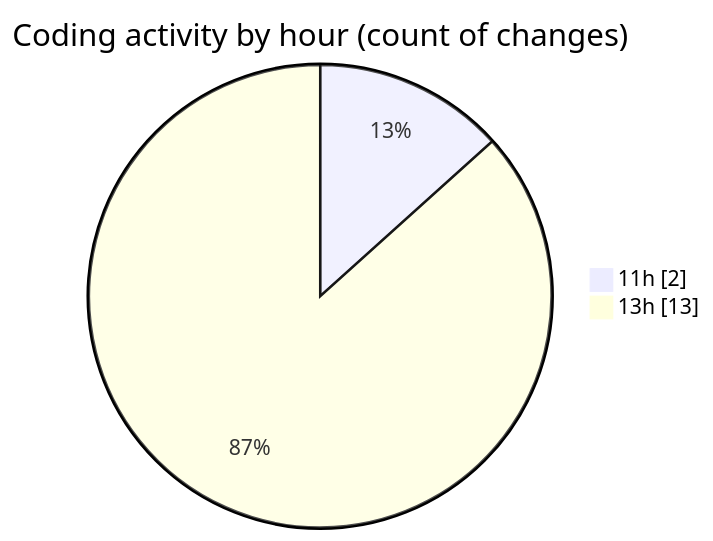
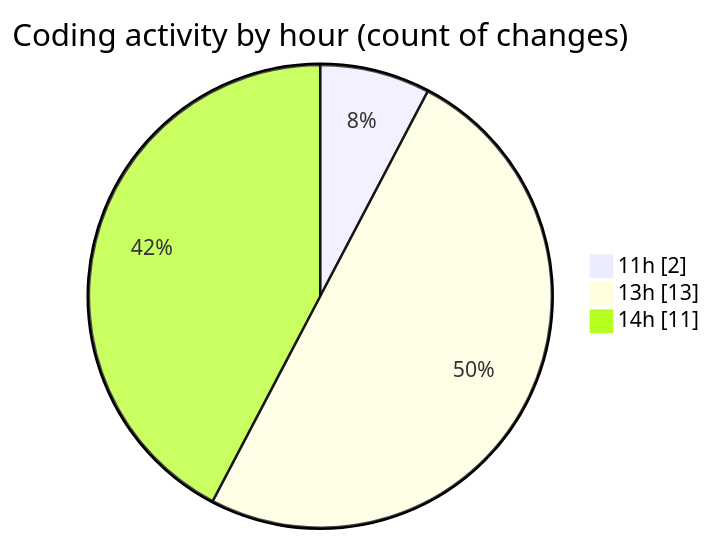
One commit to nxtqubesakshisongat/code-tracking changed the second of 2 diagrams in 2026-03-22/nxtqube_webapp/README.md. Above: the diagram before and after it, drawn with Mermaid. The commit also changed other lines of this file and 1 other file, not shown here.

````diff
--- a/2026-03-22/nxtqube_webapp/README.md
+++ b/2026-03-22/nxtqube_webapp/README.md
@@ -30,6 +30,7 @@
 ```mermaid
 pie showData
 title Coding activity by hour (count of changes)
 "11h" : 2
 "13h" : 13
+"14h" : 11
 ```
````
